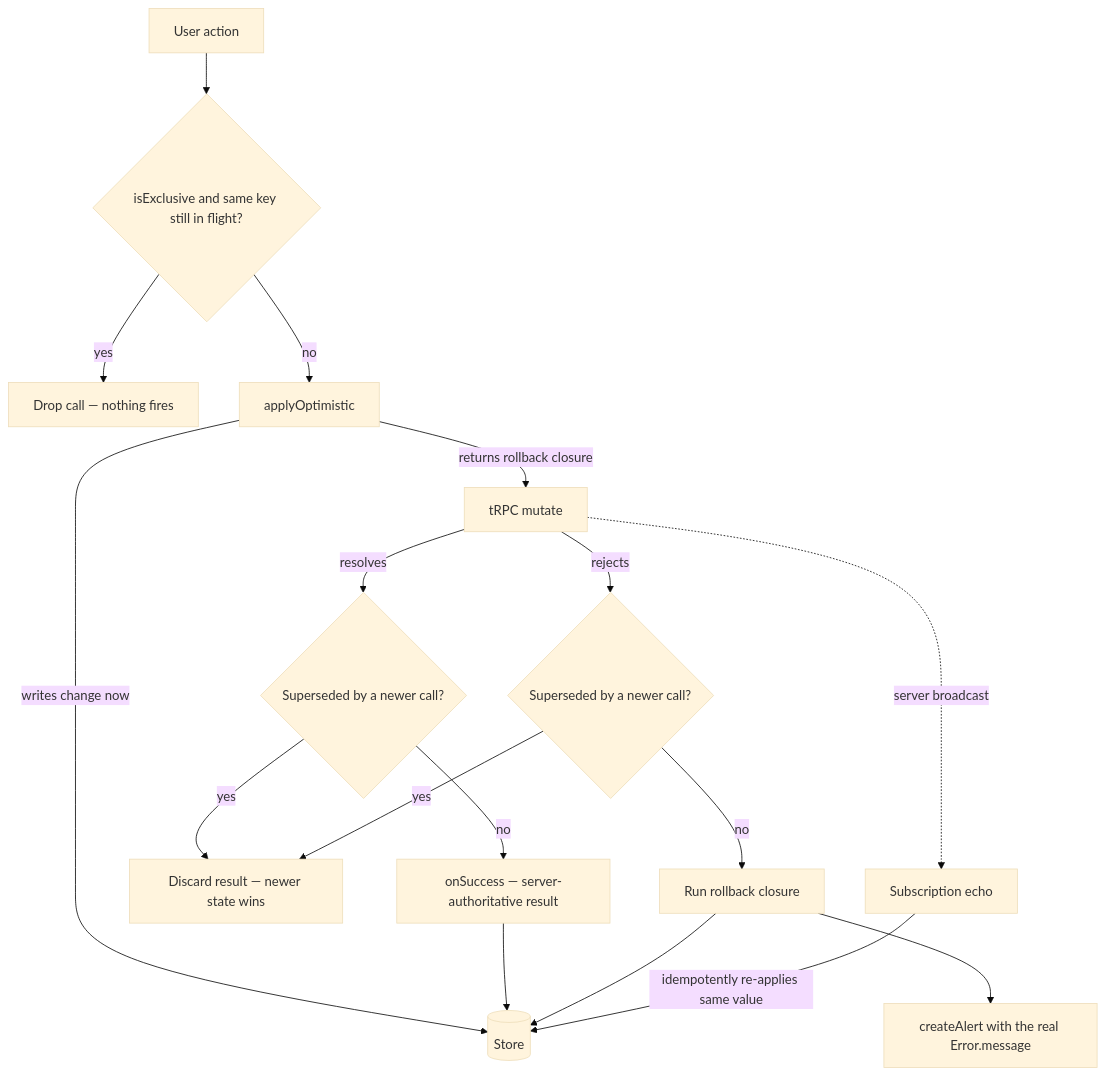
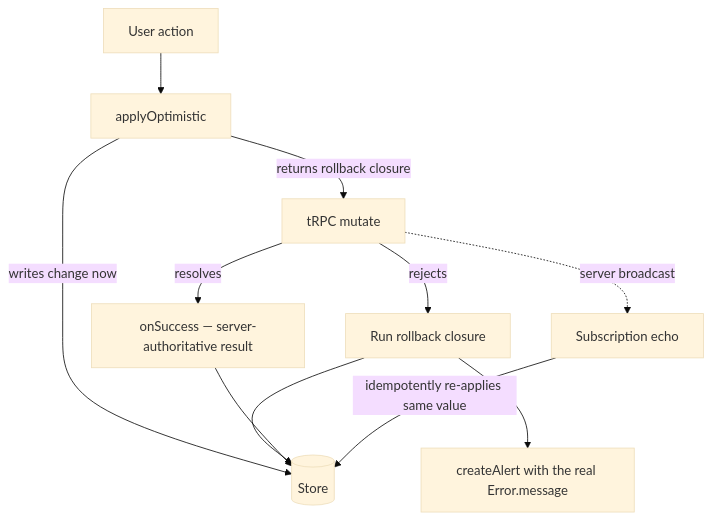
Before and after one commit to Esposter/Esposter: the diagram in packages/app/content/docs/architecture/client-data.md, drawn with Mermaid (base theme). The commit also changed other lines of this file and 22 other files, not shown here.

````diff
--- a/packages/app/content/docs/architecture/client-data.md
+++ b/packages/app/content/docs/architecture/client-data.md
@@ -77,19 +70,13 @@
 ```mermaid
 flowchart TD
-  Action[User action] --> Exclusive{isExclusive and same key still in flight?}
-  Exclusive -->|yes| DropCall[Drop call — nothing fires]
-  Exclusive -->|no| Apply[applyOptimistic]
+  Action[User action] --> Apply[applyOptimistic]
   Apply -->|writes change now| Store[(Store)]
   Apply -->|returns rollback closure| Mutate[tRPC mutate]
-  Mutate -->|resolves| Stale{Superseded by a newer call?}
-  Mutate -->|rejects| StaleError{Superseded by a newer call?}
-  Stale -->|no| Success[onSuccess — server-authoritative result]
-  Stale -->|yes| Drop[Discard result — newer state wins]
-  Success --> Store
-  StaleError -->|no| Rollback[Run rollback closure]
-  StaleError -->|yes| Drop
+  Mutate -->|rejects| Rollback[Run rollback closure]
+  Mutate -->|resolves| Success[onSuccess — server-authoritative result]
   Rollback --> Store
   Rollback --> Alert[createAlert with the real Error.message]
+  Success --> Store
   Mutate -.->|server broadcast| Echo[Subscription echo]
   Echo -->|idempotently re-applies same value| Store
 ```
````
